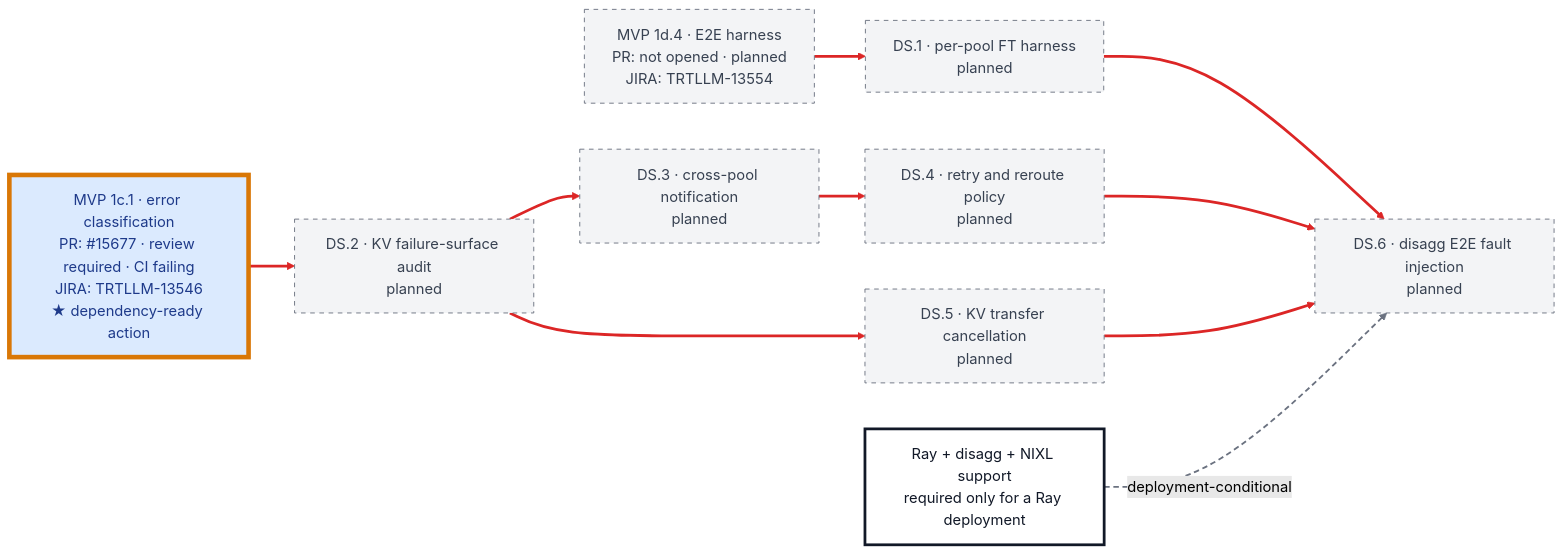
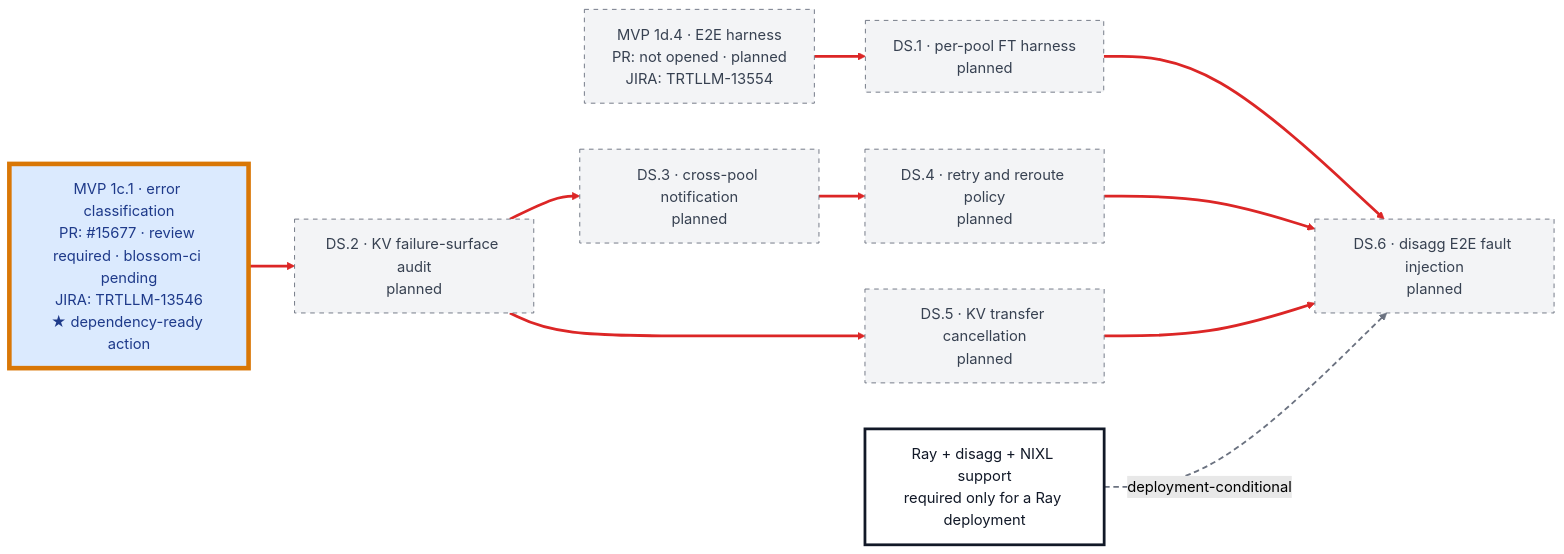
Before and after one commit to chienchunhung/TensorRT-LLM: the second of 3 diagrams in docs/design/wide-ep-fault-tolerance/pr-execution/v1-dependency-graph.md, drawn with Mermaid (forest theme). The commit also changed other lines of this file and 5 other files, not shown here.

````diff
--- a/docs/design/wide-ep-fault-tolerance/pr-execution/v1-dependency-graph.md
+++ b/docs/design/wide-ep-fault-tolerance/pr-execution/v1-dependency-graph.md
@@ -137,36 +138,36 @@
 ```mermaid
 flowchart LR
     M_D4["MVP 1d.4 · E2E harness<br/>PR: not opened · planned<br/>JIRA: TRTLLM-13554"]
-    M_C1["MVP 1c.1 · error classification<br/>PR: #15677 · review required · CI failing<br/>JIRA: TRTLLM-13546<br/>★ dependency-ready action"]
+    M_C1["MVP 1c.1 · error classification<br/>PR: #15677 · review required · blossom-ci pending<br/>JIRA: TRTLLM-13546<br/>★ dependency-ready action"]
     RAY_GAP["Ray + disagg + NIXL support<br/>required only for a Ray deployment"]
 
     DS1["DS.1 · per-pool FT harness<br/>planned"]
     DS2["DS.2 · KV failure-surface audit<br/>planned"]
     DS3["DS.3 · cross-pool notification<br/>planned"]
     DS4["DS.4 · retry and reroute policy<br/>planned"]
     DS5["DS.5 · KV transfer cancellation<br/>planned"]
     DS6["DS.6 · disagg E2E fault injection<br/>planned"]
 
     M_D4 --> DS1
     M_C1 --> DS2
     DS2 --> DS3
     DS3 --> DS4
     DS2 --> DS5
     DS1 --> DS6
     DS4 --> DS6
     DS5 --> DS6
     RAY_GAP -.->|deployment-conditional| DS6
 
     linkStyle 0,1,2,3,4,5,6,7 stroke:#dc2626,stroke-width:3px;
     linkStyle 8 stroke:#6b7280,stroke-width:2px,stroke-dasharray:6 4;
 
     classDef reviewing fill:#dbeafe,stroke:#2563eb,color:#1e3a8a,stroke-width:2px;
     classDef planned fill:#f3f4f6,stroke:#6b7280,color:#374151,stroke-dasharray:5 5;
     classDef gate fill:#ffffff,stroke:#111827,color:#111827,stroke-width:3px;
     classDef candidate stroke:#d97706,stroke-width:5px,stroke-dasharray:0;
 
     class M_C1 reviewing;
     class M_D4,DS1,DS2,DS3,DS4,DS5,DS6 planned;
     class RAY_GAP gate;
     class M_C1 candidate;
 ```
````
